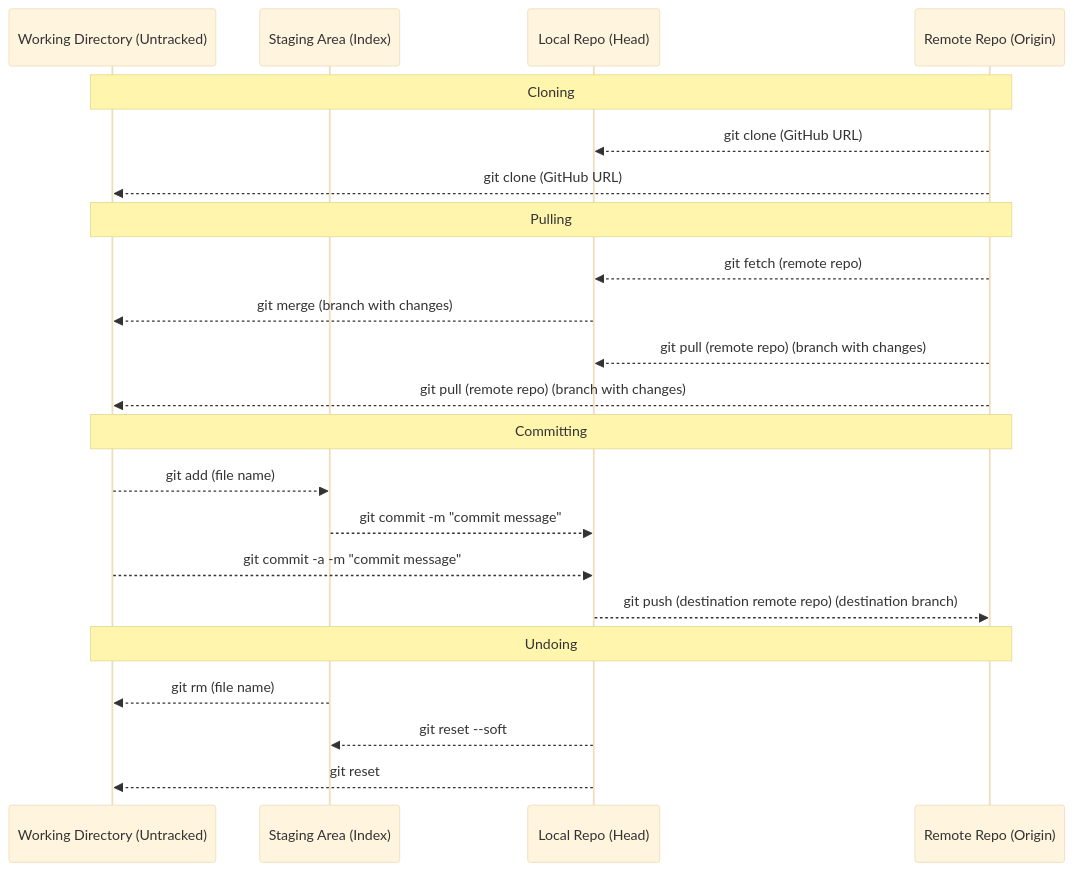
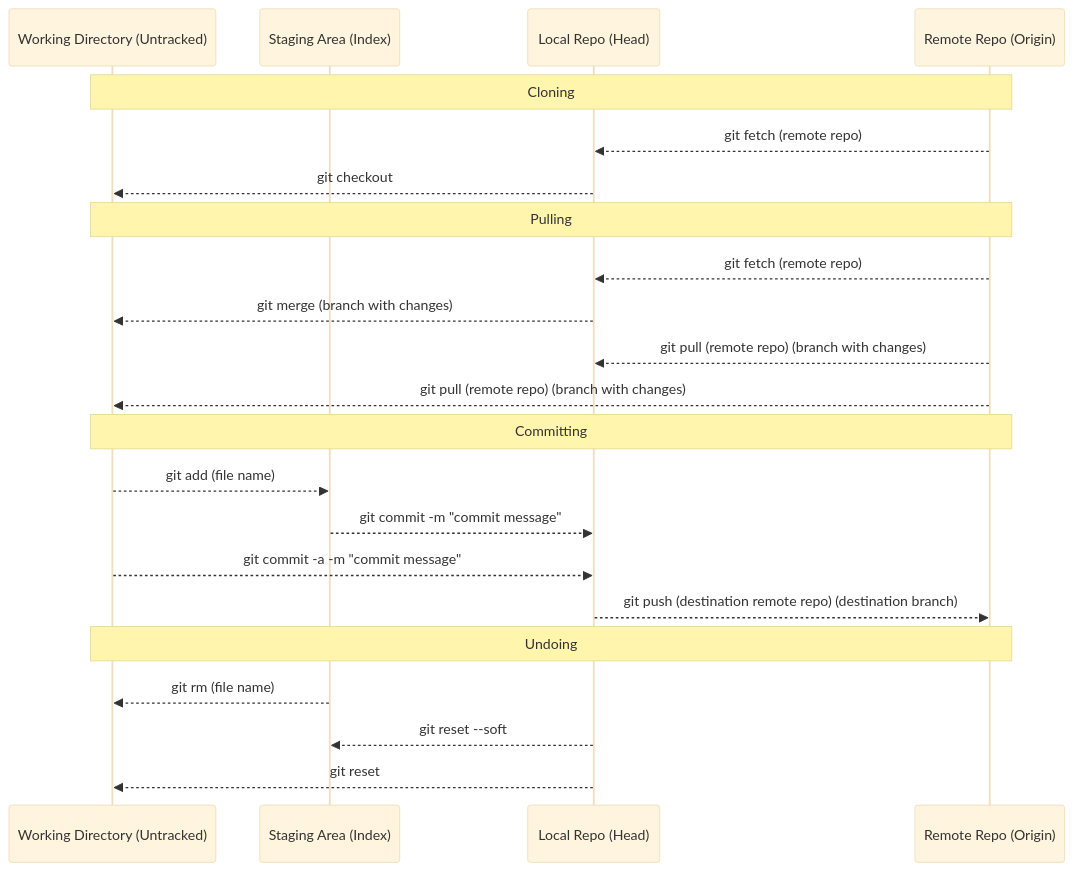
The diagram in docs/how-to-git.md (rharris-nitro/pythonExercise1), drawn with Mermaid (base theme) before and after one commit. The commit also changed other lines of this file, not shown here.

Commit message:
created sequence diagram for 'How To: Git'

````diff
--- a/docs/how-to-git.md
+++ b/docs/how-to-git.md
@@ -8,28 +8,28 @@
 ```mermaid
 sequenceDiagram
-    participant U as Working Directory (Untracked)
-    participant I as Staging Area (Index)
-    participant H as Local Repo (Head)
-    participant O as Remote Repo (Origin)
+  participant directory as Working Directory (Untracked)
+  participant index as Staging Area (Index)
+  participant head as Local Repo (Head)
+  participant origin as Remote Repo (Origin)
 
-    Note over U,O: Cloning
-    O-->>H: git clone (GitHub URL)
-    O-->>U: git clone (GitHub URL)
+  Note over directory,origin: Cloning
+  origin-->>head: git fetch (remote repo)
+  head-->>directory: git checkout
 
-    Note over U,O: Pulling
-    O-->>H: git fetch (remote repo)
-    H-->>U: git merge (branch with changes)
-    O-->>H: git pull (remote repo) (branch with changes)
-    O-->>U: git pull (remote repo) (branch with changes)
+  Note over directory,origin: Pulling
+  origin-->>head: git fetch (remote repo)
+  head-->>directory: git merge (branch with changes)
+  origin-->>head: git pull (remote repo) (branch with changes)
+  origin-->>directory: git pull (remote repo) (branch with changes)
 
-    Note over U,O: Committing
-    U-->>I: git add (file name)
-    I-->>H: git commit -m "commit message"
-    U-->>H: git commit -a -m "commit message"
-    H-->>O: git push (destination remote repo) (destination branch)
+  Note over directory,origin: Committing
+  directory-->>index: git add (file name)
+  index-->>head: git commit -m "commit message"
+  directory-->>head: git commit -a -m "commit message"
+  head-->>origin: git push (destination remote repo) (destination branch)
 
-    Note over U,O: Undoing
-    I-->>U: git rm (file name)
-    H-->>I: git reset --soft
-    H-->>U: git reset
+  Note over directory,origin: Undoing
+  index-->>directory: git rm (file name)
+  head-->>index: git reset --soft
+  head-->>directory: git reset
 ```
````
